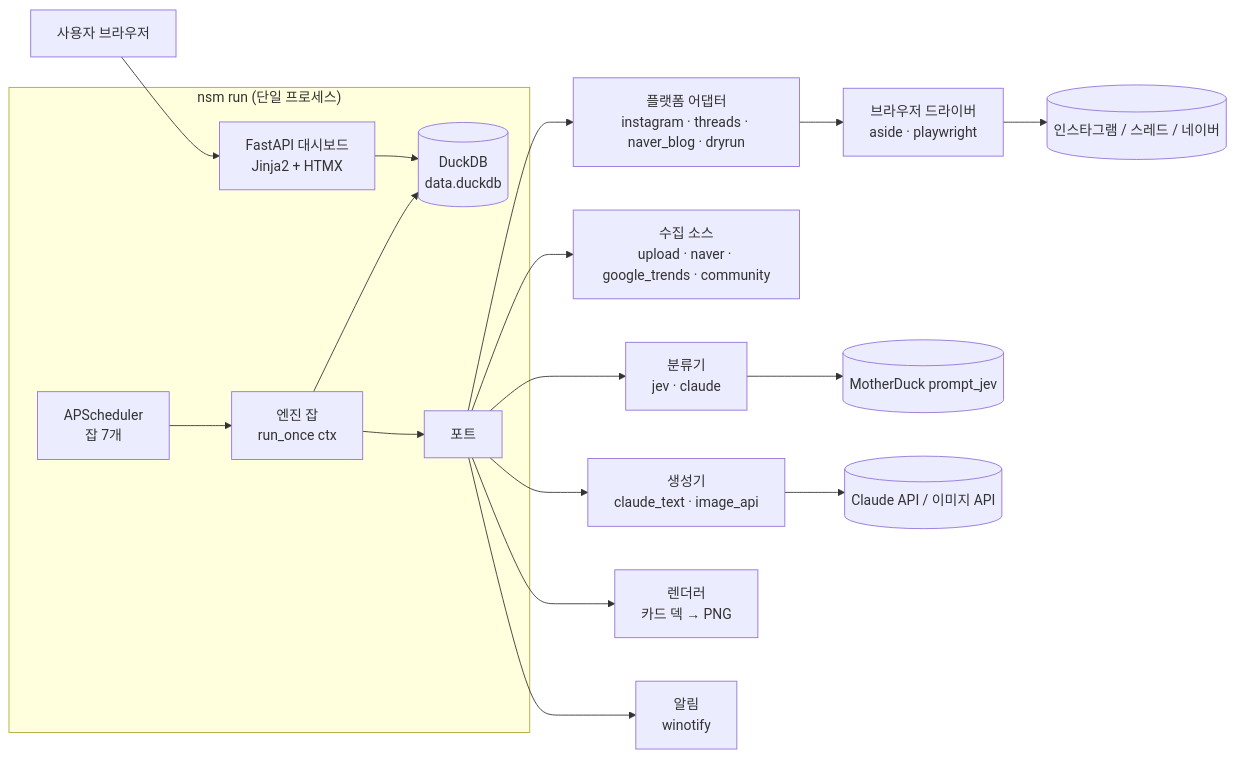
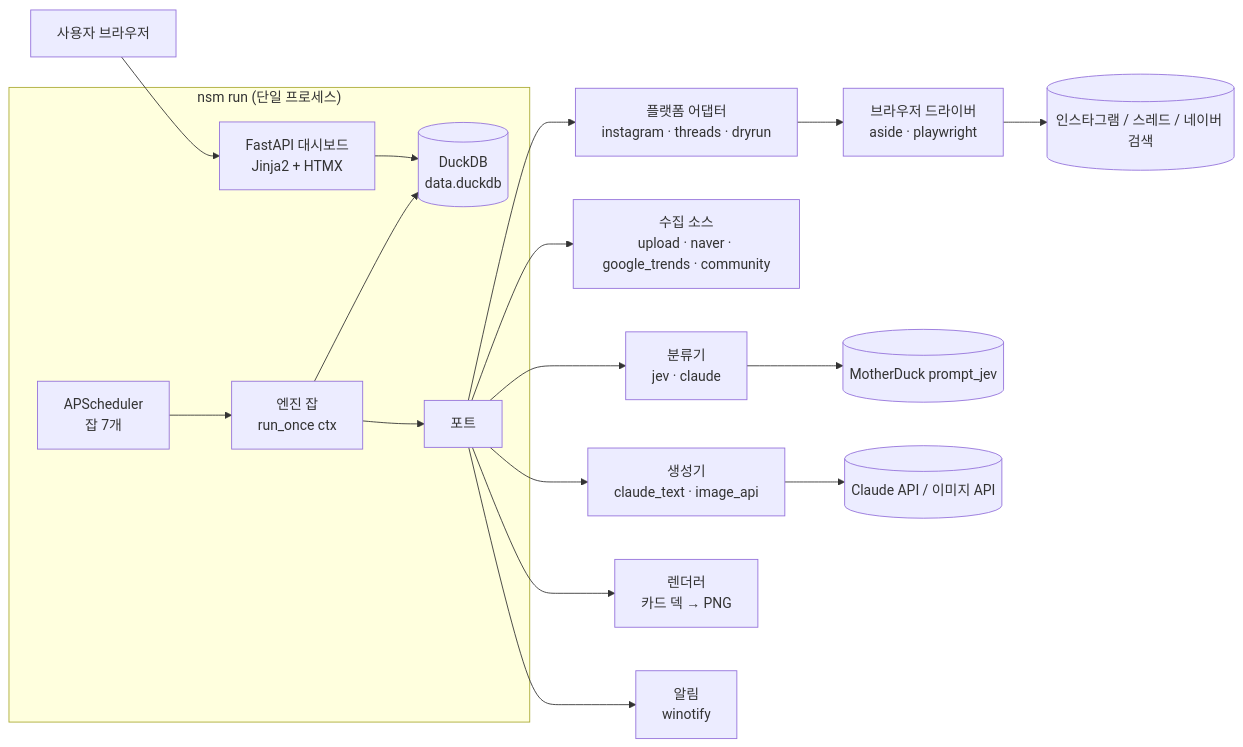
The first of 3 diagrams in docs/architecture.md (idktomorrow/non-sleep-marketer), drawn with Mermaid before and after one commit. The commit also changed other lines of this file and 17 other files, not shown here.

First line of the commit message:
feat(config): drop naver blog from default publish platforms

````diff
--- a/docs/architecture.md
+++ b/docs/architecture.md
@@ -9,20 +9,20 @@
 ```mermaid
 flowchart LR
   subgraph P["nsm run (단일 프로세스)"]
     S[APScheduler<br/>잡 7개] --> E[엔진 잡<br/>run_once ctx]
     W[FastAPI 대시보드<br/>Jinja2 + HTMX] --> R[(DuckDB<br/>data.duckdb)]
     E --> R
     E --> PT[포트]
   end
-  PT --> PA[플랫폼 어댑터<br/>instagram · threads · naver_blog · dryrun]
+  PT --> PA[플랫폼 어댑터<br/>instagram · threads · dryrun]
   PT --> SRC[수집 소스<br/>upload · naver · google_trends · community]
   PT --> CL[분류기<br/>jev · claude]
   PT --> GEN[생성기<br/>claude_text · image_api]
   PT --> RD[렌더러<br/>카드 덱 → PNG]
   PT --> NT[알림<br/>winotify]
   PA --> DRV[브라우저 드라이버<br/>aside · playwright]
-  DRV --> Web[(인스타그램 / 스레드 / 네이버)]
+  DRV --> Web[(인스타그램 / 스레드 / 네이버 검색)]
   CL --> MD[(MotherDuck prompt_jev)]
   GEN --> API[(Claude API / 이미지 API)]
   U[사용자 브라우저] --> W
 ```
````
